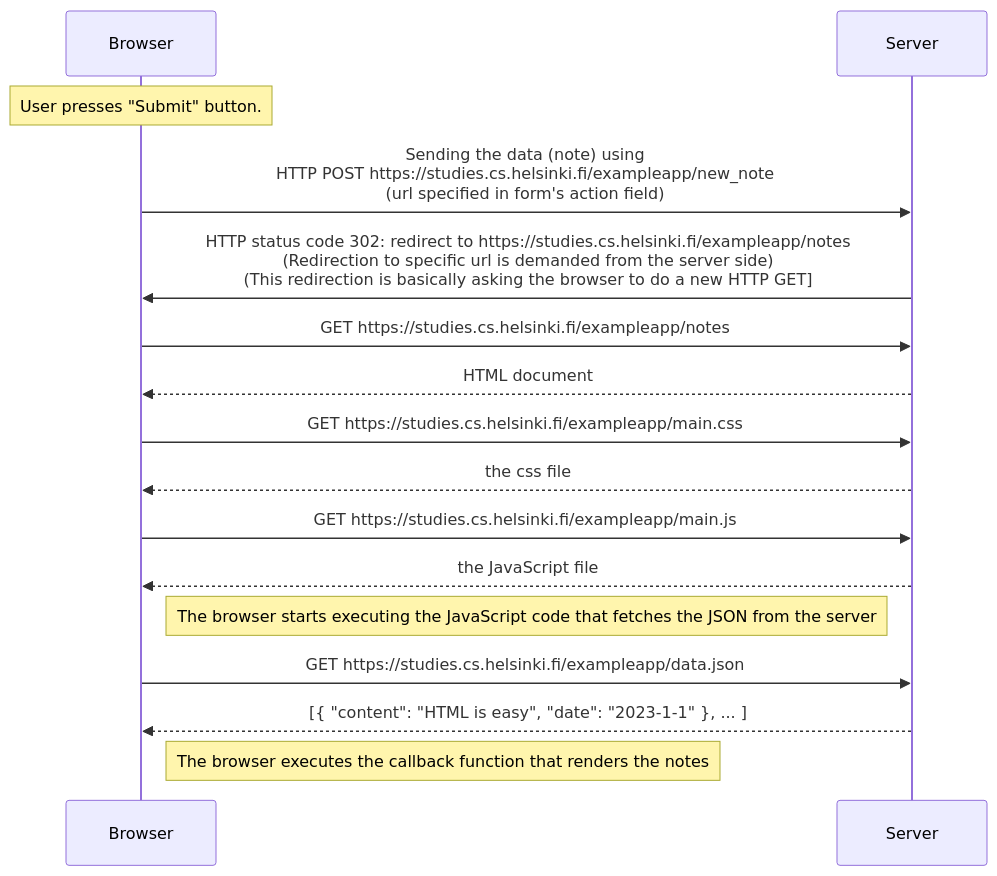
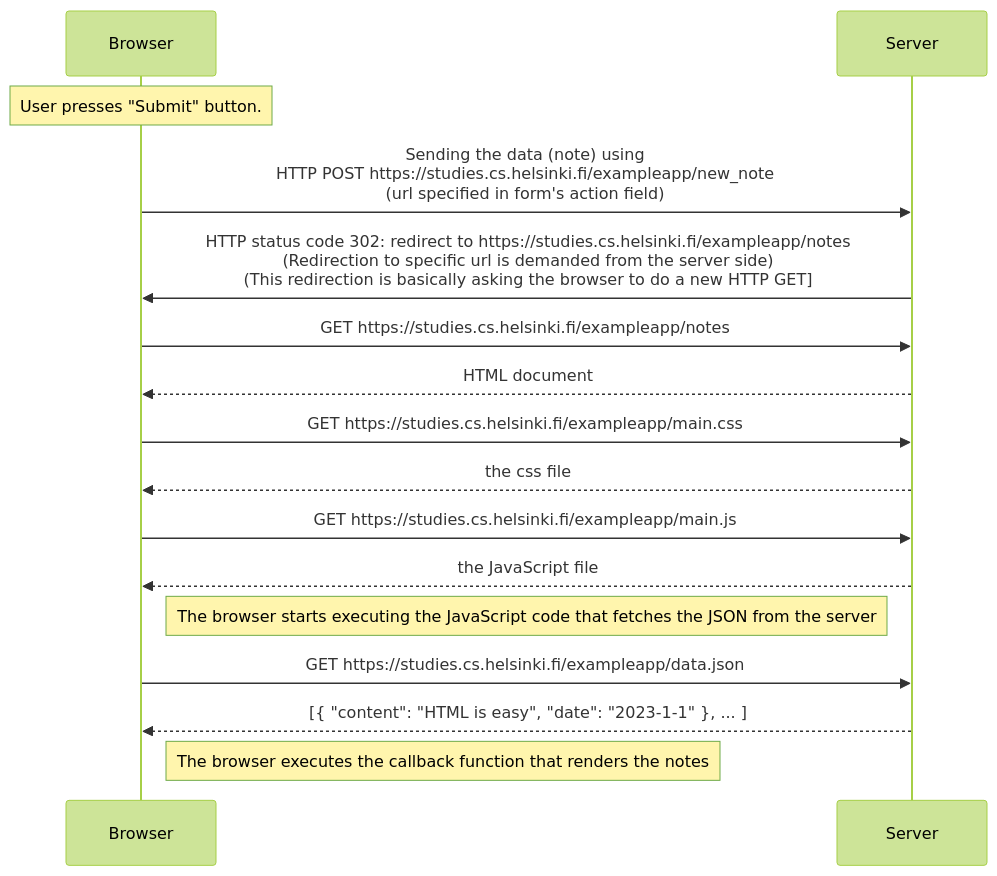
One commit to szmaragdynia/FullstackLearning changed the diagram in part0/excercise0-4.md. Above: the diagram before and after it, drawn with Mermaid.

Commit message:
checking themes

````diff
--- a/part0/excercise0-4.md
+++ b/part0/excercise0-4.md
@@ -1,27 +1,29 @@
 ```mermaid
+%%{init: {'theme':'forest'}}%%
+
 sequenceDiagram
     participant b as Browser
     participant s as Server
     
     Note over b: User presses "Submit" button.
     
     b->>s: Sending the data (note) using <br/> HTTP POST https://studies.cs.helsinki.fi/exampleapp/new_note <br/> (url specified in form's action field) 
     s->>b: HTTP status code 302: redirect to https://studies.cs.helsinki.fi/exampleapp/notes <br/> (Redirection to specific url is demanded from the server side) <br/> (This redirection is basically asking the browser to do a new HTTP GET]
 
     b->>s: GET https://studies.cs.helsinki.fi/exampleapp/notes
     s-->>b: HTML document
     
     b->>s: GET https://studies.cs.helsinki.fi/exampleapp/main.css
     s-->>b: the css file
     
     b->>s: GET https://studies.cs.helsinki.fi/exampleapp/main.js
     s-->>b: the JavaScript file
     
     Note right of b: The browser starts executing the JavaScript code that fetches the JSON from the server
     
     b->>s: GET https://studies.cs.helsinki.fi/exampleapp/data.json
     s-->>b: [{ "content": "HTML is easy", "date": "2023-1-1" }, ... ]
 
     Note right of b: The browser executes the callback function that renders the notes
     
 ```
````
